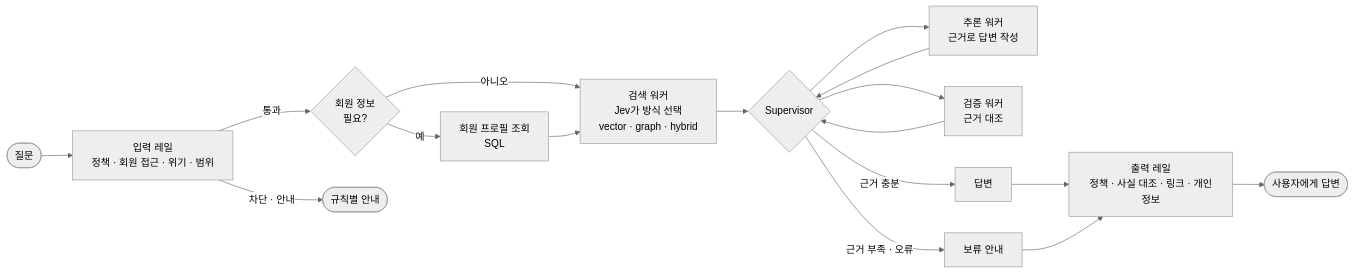
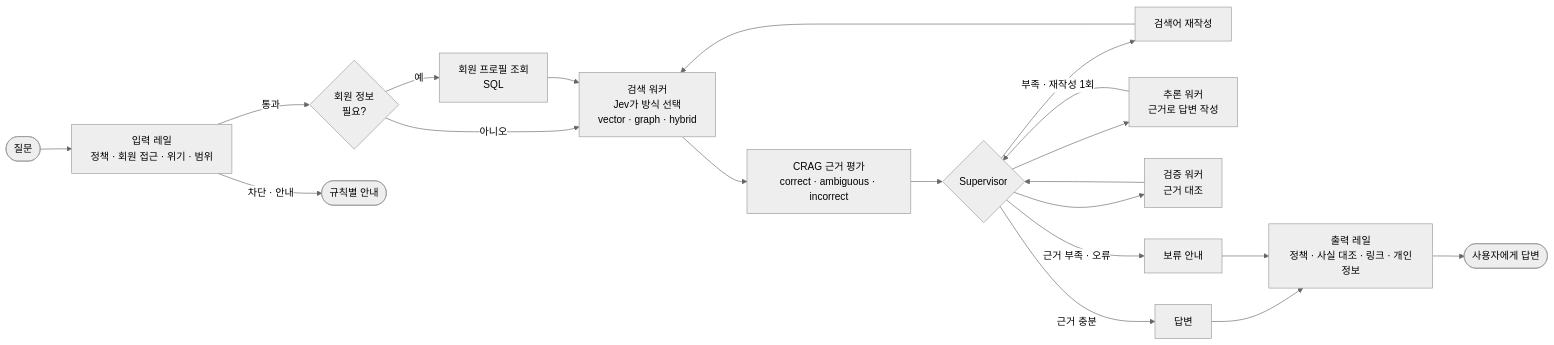
One commit to encore-ai-campus/mle-01-p3-team3 changed the second of 2 diagrams in README.md. Above: the diagram before and after it, drawn with Mermaid (neutral theme). The commit also changed other lines of this file and 10 other files, not shown here.

````diff
--- a/README.md
+++ b/README.md
@@ -73,19 +75,22 @@
 ```mermaid
 flowchart LR
   Q(["질문"]) --> IG["입력 레일<br/>정책 · 회원 접근 · 위기 · 범위"]
   IG -->|"통과"| PC{"회원 정보<br/>필요?"}
   IG -->|"차단 · 안내"| END1(["규칙별 안내"])
   PC -->|"예"| PR["회원 프로필 조회<br/>SQL"]
   PC -->|"아니오"| SE
   PR --> SE["검색 워커<br/>Jev가 방식 선택<br/>vector · graph · hybrid"]
-  SE --> SV{"Supervisor"}
+  SE --> GR["CRAG 근거 평가<br/>correct · ambiguous · incorrect"]
+  GR --> SV{"Supervisor"}
+  SV -->|"부족 · 재작성 1회"| RW["검색어 재작성"]
+  RW --> SE
   SV --> RE["추론 워커<br/>근거로 답변 작성"]
   RE --> SV
   SV --> VE["검증 워커<br/>근거 대조"]
   VE --> SV
   SV -->|"근거 충분"| OUT["답변"]
   SV -->|"근거 부족 · 오류"| AB["보류 안내"]
   OUT --> OG["출력 레일<br/>정책 · 사실 대조 · 링크 · 개인정보"]
   AB --> OG
   OG --> A(["사용자에게 답변"])
 ```
````
